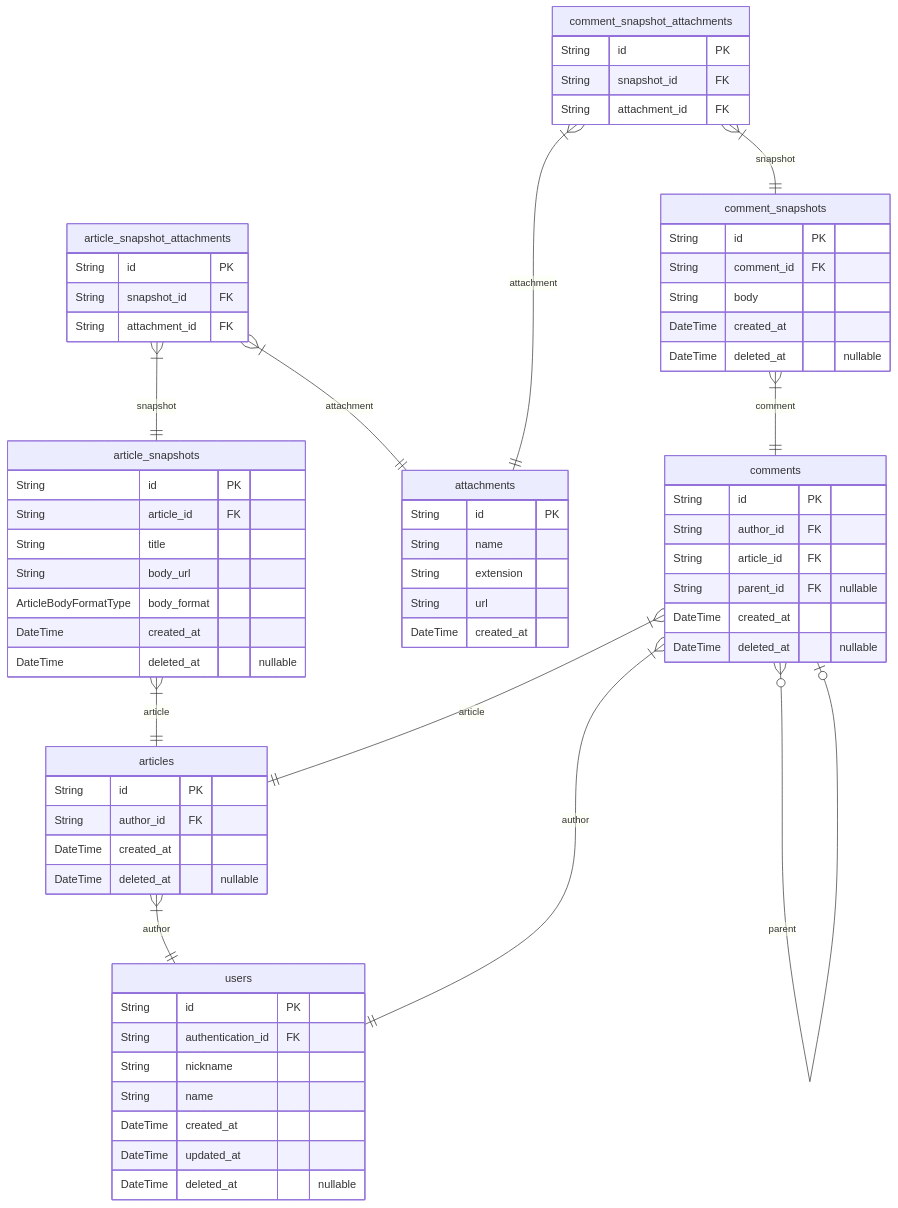
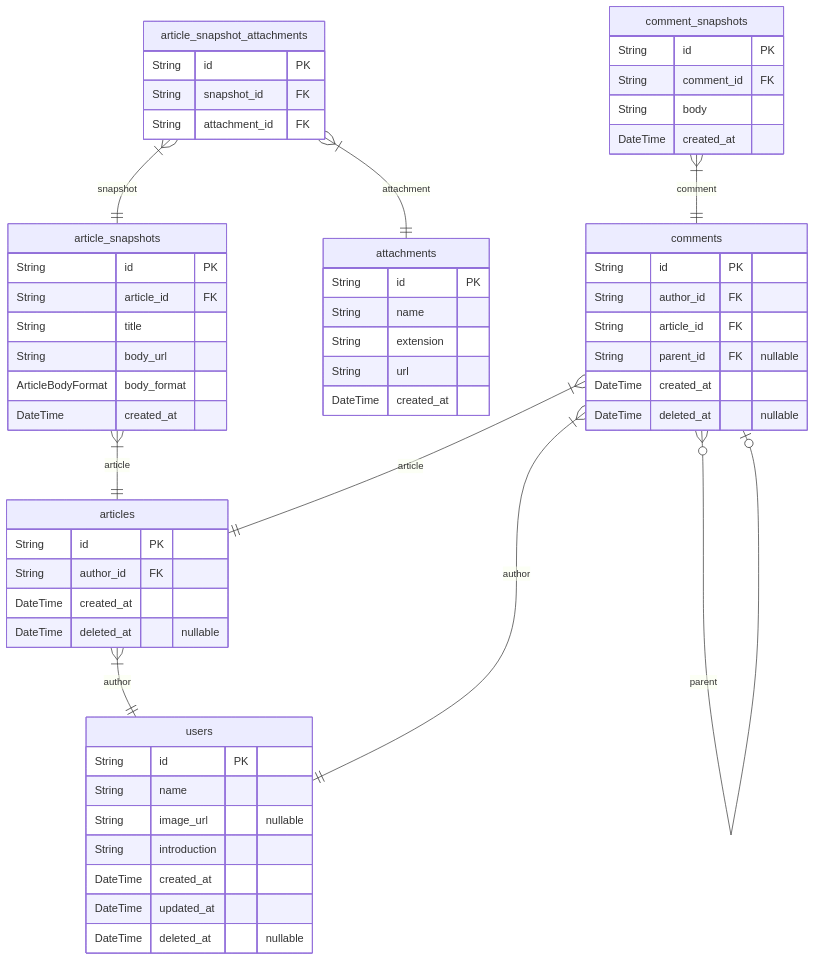
The first of 2 diagrams in ERD.md (rojiwon123/bbs), drawn with Mermaid before and after one commit. The commit also changed other lines of this file and 51 other files, not shown here.

````diff
--- a/ERD.md
+++ b/ERD.md
@@ -10,69 +10,60 @@
 ```mermaid
 erDiagram
 articles {
     String id PK
     String author_id FK
     DateTime created_at
     DateTime deleted_at "nullable"
 }
 article_snapshots {
     String id PK
     String article_id FK
     String title
     String body_url
-    ArticleBodyFormatType body_format
+    ArticleBodyFormat body_format
     DateTime created_at
-    DateTime deleted_at "nullable"
 }
 article_snapshot_attachments {
     String id PK
     String snapshot_id FK
     String attachment_id FK
 }
 attachments {
     String id PK
     String name
     String extension
     String url
     DateTime created_at
 }
 comments {
     String id PK
     String author_id FK
     String article_id FK
     String parent_id FK "nullable"
     DateTime created_at
     DateTime deleted_at "nullable"
 }
 comment_snapshots {
     String id PK
     String comment_id FK
     String body
     DateTime created_at
-    DateTime deleted_at "nullable"
-}
-comment_snapshot_attachments {
-    String id PK
-    String snapshot_id FK
-    String attachment_id FK
 }
 users {
     String id PK
-    String authentication_id FK
-    String nickname
     String name
+    String image_url "nullable"
+    String introduction
     DateTime created_at
     DateTime updated_at
     DateTime deleted_at "nullable"
 }
 articles }|--|| users : author
 article_snapshots }|--|| articles : article
 article_snapshot_attachments }|--|| article_snapshots : snapshot
 article_snapshot_attachments }|--|| attachments : attachment
 comments }|--|| users : author
 comments }|--|| articles : article
 comments }o--o| comments : parent
 comment_snapshots }|--|| comments : comment
-comment_snapshot_attachments }|--|| comment_snapshots : snapshot
-comment_snapshot_attachments }|--|| attachments : attachment
 ```
````
